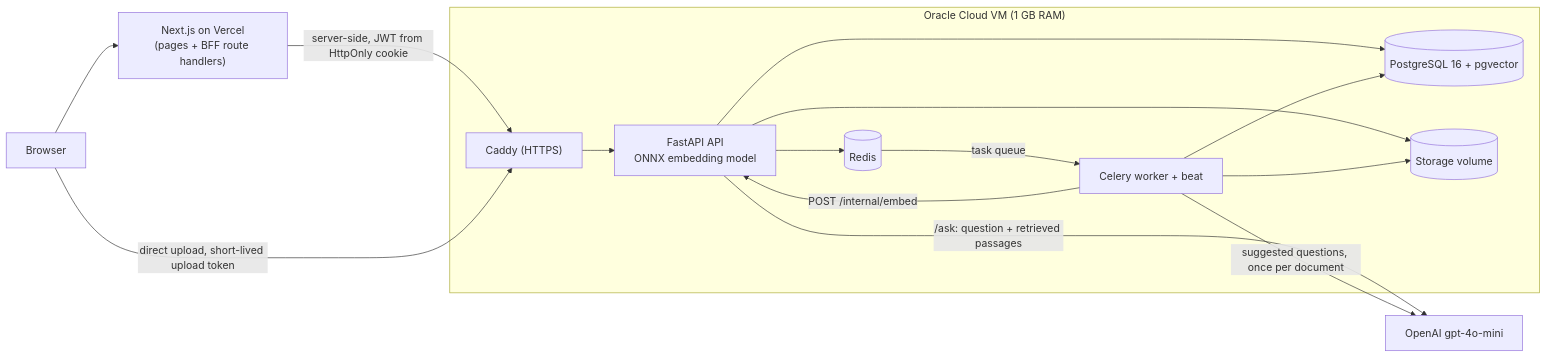
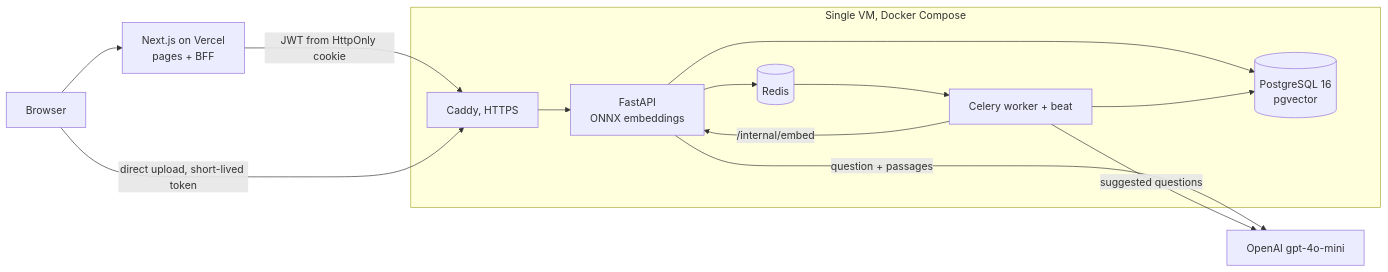
The diagram in README.md (shahil5z/document-intelligence-analysis), drawn with Mermaid before and after one commit. The commit also changed other lines of this file and 3 other files, not shown here.

Commit message:
Rewrite the README for the current answer flow and add fresh screenshots

````diff
--- a/README.md
+++ b/README.md
@@ -44,18 +77,16 @@
 ```mermaid
 flowchart LR
-    user[Browser] --> vercel["Next.js on Vercel<br/>(pages + BFF route handlers)"]
-    vercel -->|"server-side, JWT from HttpOnly cookie"| caddy
-    user -->|"direct upload, short-lived upload token"| caddy
-    subgraph oracle["Oracle Cloud VM (1 GB RAM)"]
-        caddy["Caddy (HTTPS)"] --> api["FastAPI API<br/>ONNX embedding model"]
-        api --> pg[("PostgreSQL 16 + pgvector")]
+    browser[Browser] --> web["Next.js on Vercel<br/>pages + BFF"]
+    web -->|"JWT from HttpOnly cookie"| caddy
+    browser -->|"direct upload, short-lived token"| caddy
+    subgraph vm["Single VM, Docker Compose"]
+        caddy["Caddy, HTTPS"] --> api["FastAPI<br/>ONNX embeddings"]
+        api --> pg[("PostgreSQL 16<br/>pgvector")]
         api --> redis[("Redis")]
-        api --> files[("Storage volume")]
-        redis -->|task queue| worker["Celery worker + beat"]
-        worker -->|"POST /internal/embed"| api
+        redis --> worker["Celery worker + beat"]
+        worker -->|"/internal/embed"| api
         worker --> pg
-        worker --> files
     end
-    api -->|"/ask: question + retrieved passages"| openai["OpenAI gpt-4o-mini"]
-    worker -->|"suggested questions, once per document"| openai
+    api -->|"question + passages"| llm["OpenAI gpt-4o-mini"]
+    worker -->|"suggested questions"| llm
 ```
````
